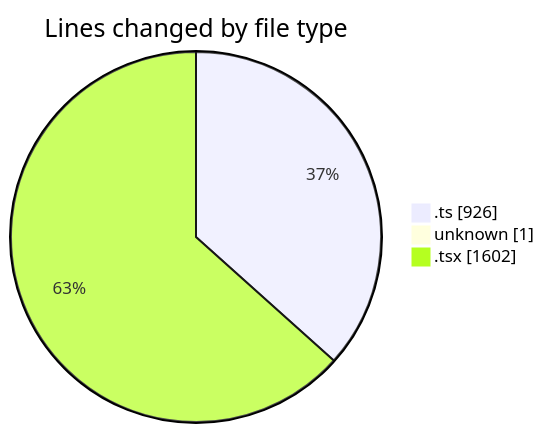
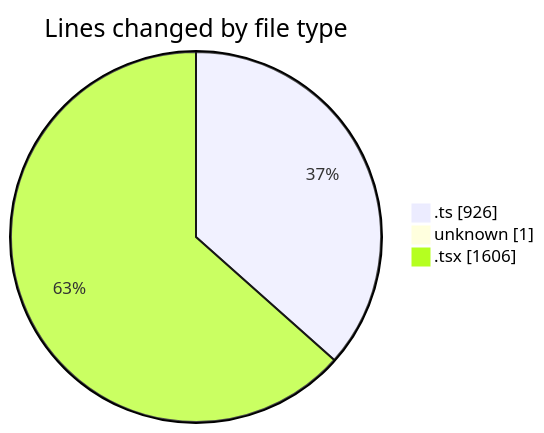
One commit to robertbonfada/code-tracking changed the first of 2 diagrams in 2025-02-17/mbc-web/README.md. Above: the diagram before and after it, drawn with Mermaid. The commit also changed other lines of this file and 1 other file, not shown here.

````diff
--- a/2025-02-17/mbc-web/README.md
+++ b/2025-02-17/mbc-web/README.md
@@ -36,7 +36,7 @@
 ```mermaid
 pie showData
 title Lines changed by file type
 ".ts" : 926
 "unknown" : 1
-".tsx" : 1602
+".tsx" : 1606
 ```
````
